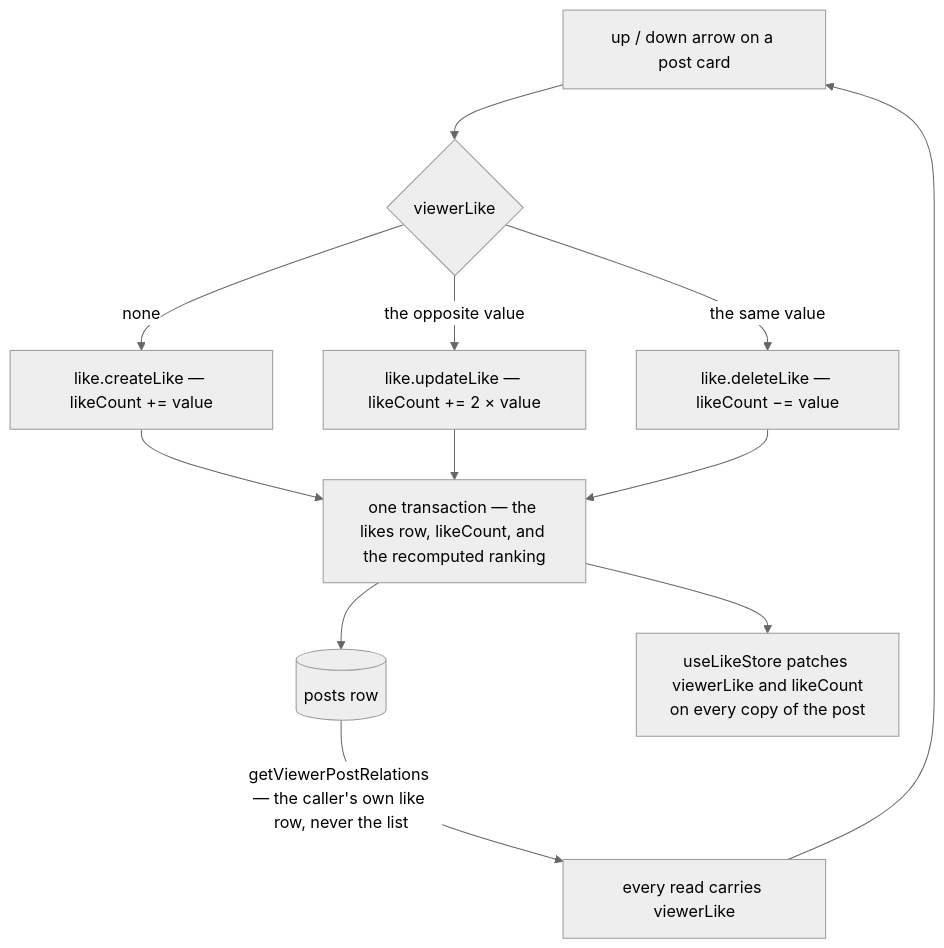
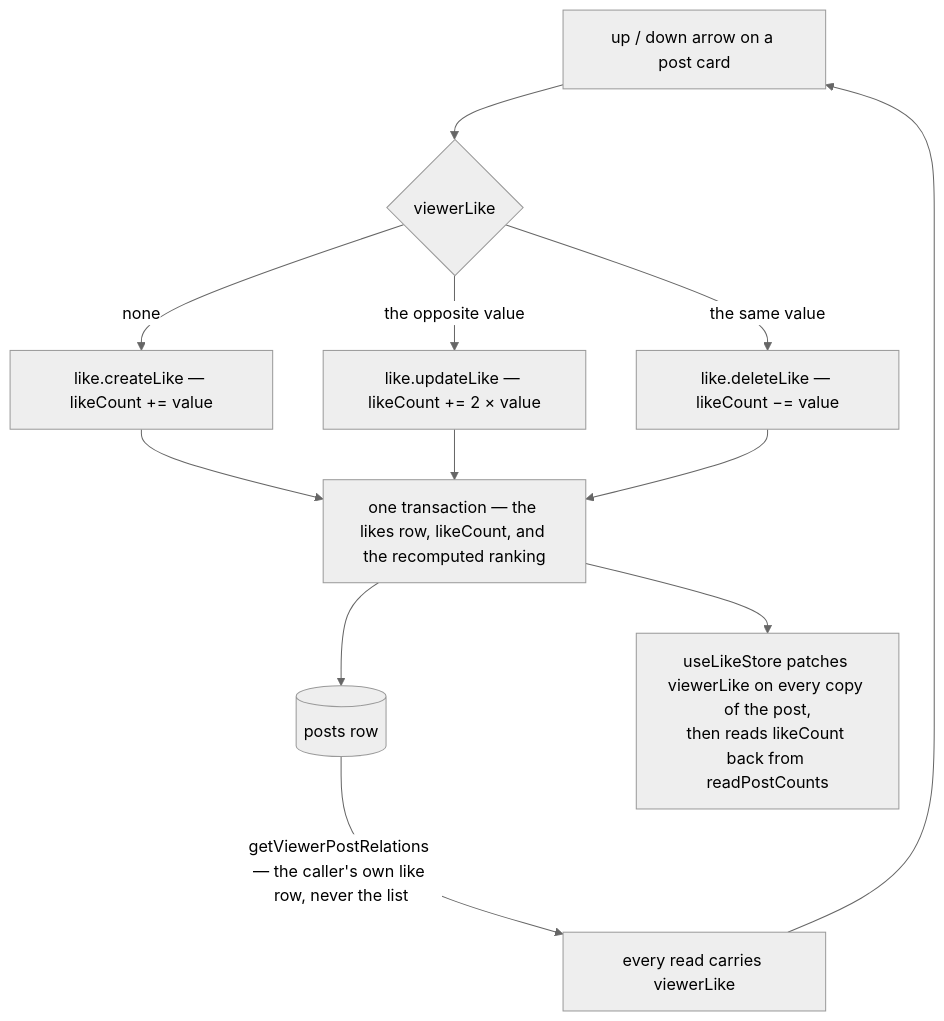
One commit to Esposter/Esposter changed the diagram in openspec/specs/post/likes/design.md. Above: the diagram before and after it, drawn with Mermaid (neutral theme). The commit also changed other lines of this file and 2 other files, not shown here.

First line of the commit message:
docs(architecture): specify the batched re-read and each anti-pattern's enforcer

````diff
--- a/openspec/specs/post/likes/design.md
+++ b/openspec/specs/post/likes/design.md
@@ -7,14 +7,14 @@
 ```mermaid
 flowchart TD
   arrows["up / down arrow on a post card"] --> pick{"viewerLike"}
   pick -->|"none"| createLike["like.createLike — likeCount += value"]
   pick -->|"the opposite value"| updateLike["like.updateLike — likeCount += 2 × value"]
   pick -->|"the same value"| deleteLike["like.deleteLike — likeCount −= value"]
   createLike --> txn
   updateLike --> txn
   deleteLike --> txn["one transaction — the likes row, likeCount, and the recomputed ranking"]
   txn --> row[("posts row")]
-  txn --> patch["useLikeStore patches viewerLike and likeCount<br/>on every copy of the post"]
+  txn --> patch["useLikeStore patches viewerLike on every copy of the post,<br/>then reads likeCount back from readPostCounts"]
   row -->|"getViewerPostRelations — the caller's own like row, never the list"| viewer["every read carries viewerLike"]
   viewer --> arrows
 ```
````
